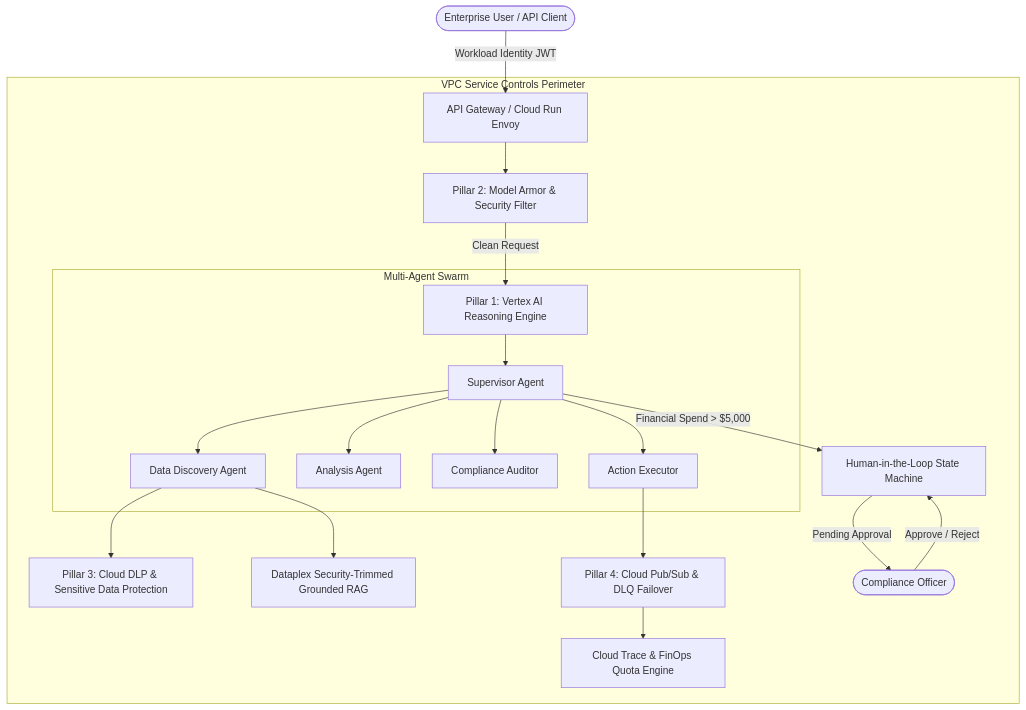
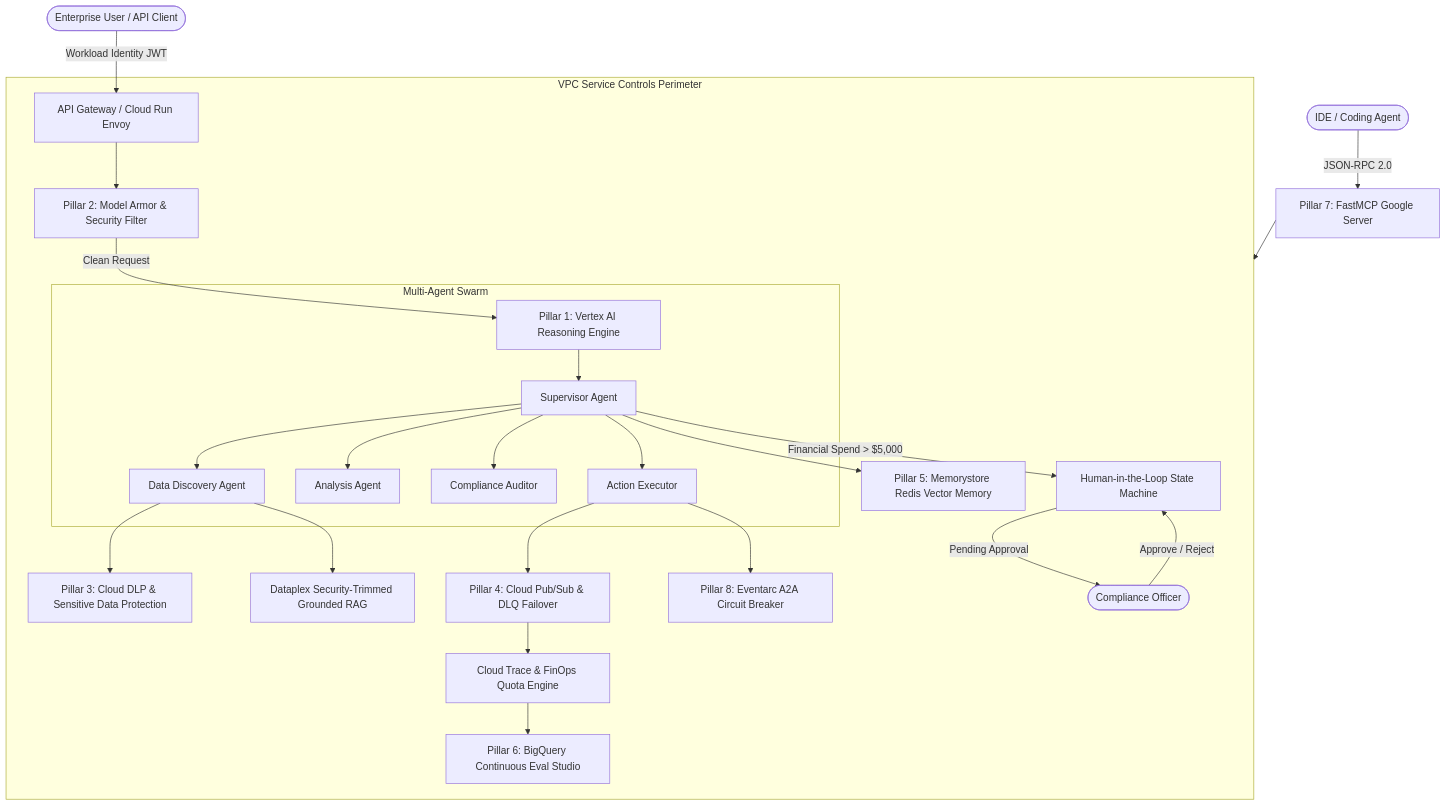
The diagram in README.md (akmalkhaniub/google-cloud-agentic-architect-suite), drawn with Mermaid before and after one commit. The commit also changed other lines of this file and 11 other files, not shown here.

Commit message:
feat: expand to 8 core pillars (Memorystore Redis Vector, BigQuery Continuous Eval, FastMCP Server, Eventarc A2A Circuit Breaker) and 8-Gate verification

````diff
--- a/README.md
+++ b/README.md
@@ -26,27 +30,33 @@
 ```mermaid
 graph TD
     User([Enterprise User / API Client]) -->|Workload Identity JWT| Gate[API Gateway / Cloud Run Envoy]
     
     subgraph ZeroTrustPerimeter [VPC Service Controls Perimeter]
         Gate --> Armor[Pillar 2: Model Armor & Security Filter]
         Armor -->|Clean Request| Orchestrator[Pillar 1: Vertex AI Reasoning Engine]
         
         subgraph MultiAgentSwarm [Multi-Agent Swarm]
             Orchestrator --> Supervisor[Supervisor Agent]
             Supervisor --> Discovery[Data Discovery Agent]
             Supervisor --> Analysis[Analysis Agent]
             Supervisor --> Compliance[Compliance Auditor]
             Supervisor --> Action[Action Executor]
         end
         
         Discovery --> DLP[Pillar 3: Cloud DLP & Sensitive Data Protection]
         Discovery --> RAG[Dataplex Security-Trimmed Grounded RAG]
+        Supervisor --> Memory[Pillar 5: Memorystore Redis Vector Memory]
         
         Supervisor -->|Financial Spend > $5,000| HITL[Human-in-the-Loop State Machine]
         HITL -->|Pending Approval| Officer([Compliance Officer])
         Officer -->|Approve / Reject| HITL
         
         Action --> Resiliency[Pillar 4: Cloud Pub/Sub & DLQ Failover]
+        Action --> A2A[Pillar 8: Eventarc A2A Circuit Breaker]
         Resiliency --> CloudTrace[Cloud Trace & FinOps Quota Engine]
+        CloudTrace --> BigQueryEval[Pillar 6: BigQuery Continuous Eval Studio]
     end
+    
+    FastMCPClient([IDE / Coding Agent]) -->|JSON-RPC 2.0| MCPServer[Pillar 7: FastMCP Google Server]
+    MCPServer --> ZeroTrustPerimeter
 ```
````
